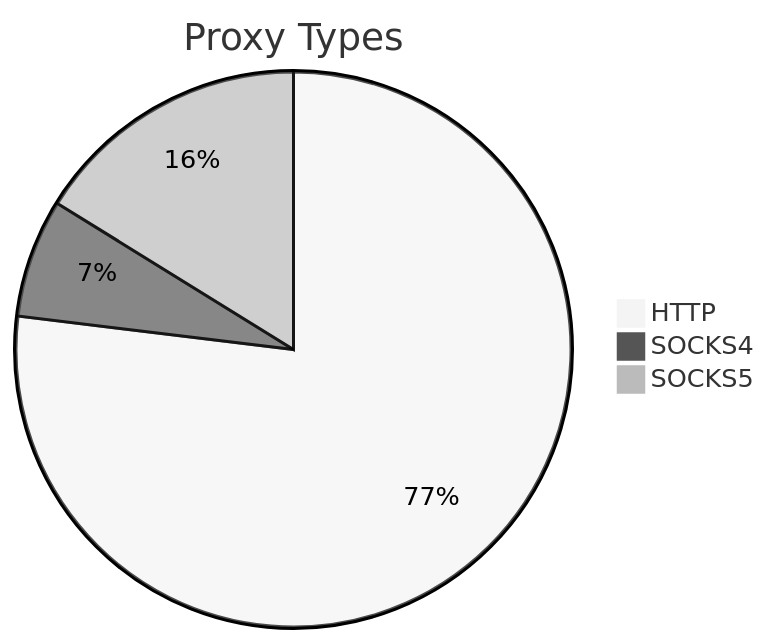
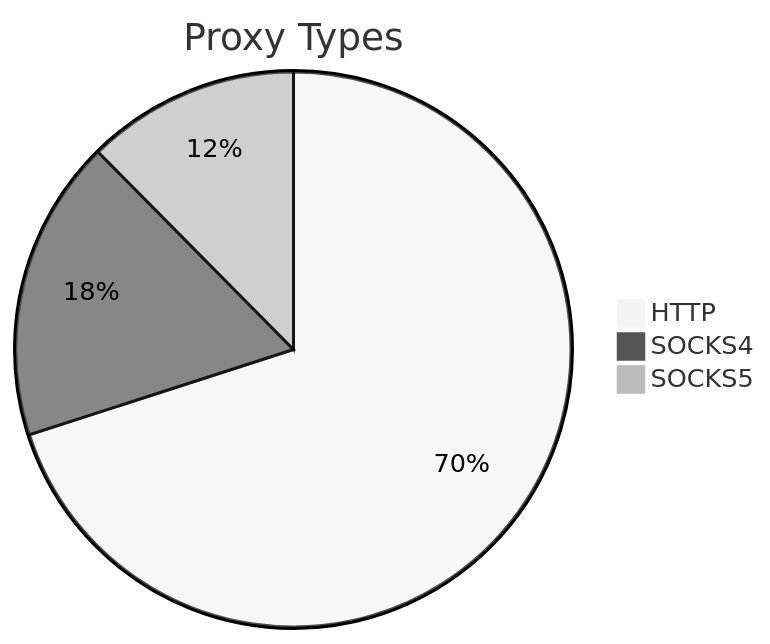
One commit to stormsia/proxy-list changed the first of 2 diagrams in README.md. Above: the diagram before and after it, drawn with Mermaid (neutral theme). The commit also changed other lines of this file, not shown here.

````diff
--- a/README.md
+++ b/README.md
@@ -21,6 +21,6 @@
 ```mermaid
 pie title Proxy Types
-    "HTTP" : 290
-    "SOCKS4" : 26
-    "SOCKS5" : 61
+    "HTTP" : 423
+    "SOCKS4" : 106
+    "SOCKS5" : 75
 ```
````
